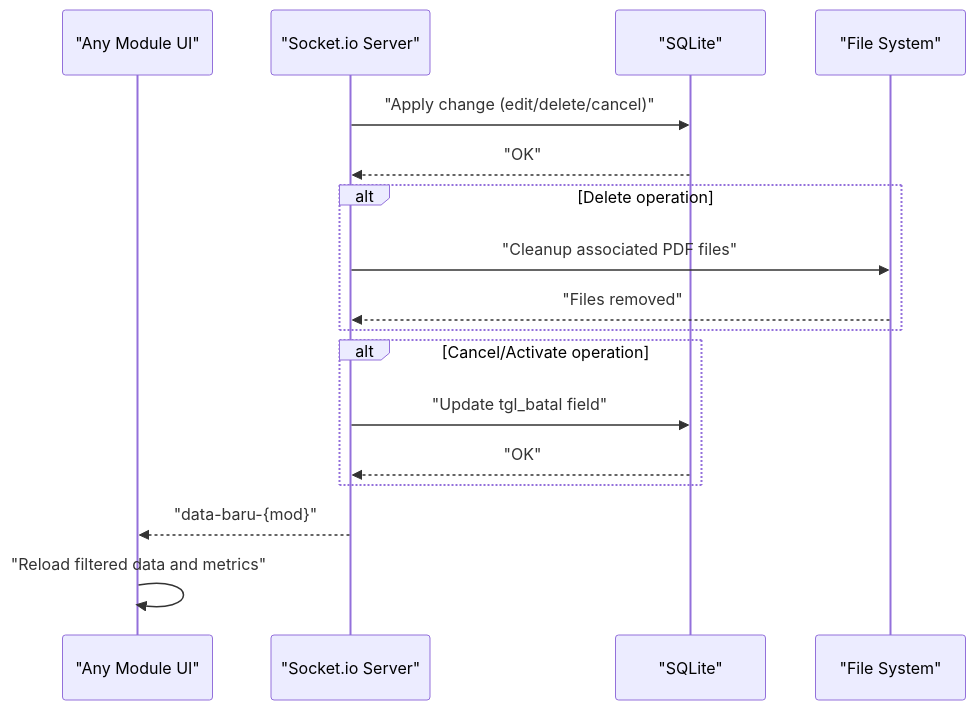
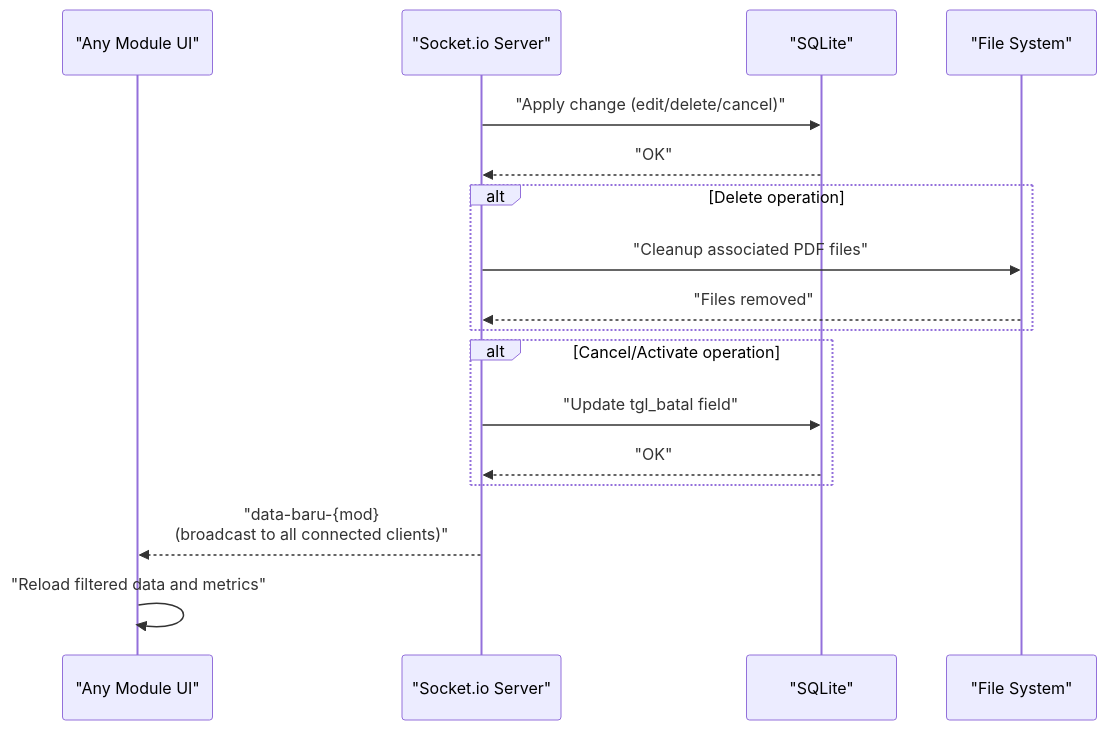
One commit to rendisiagian/TDS_by_RENDISIAGIAN changed the sixth of 8 diagrams in .qoder/repowiki/en/content/Advanced Features/Real-time Processing & Socket.io Integration.md. Above: the diagram before and after it, drawn with Mermaid. The commit also changed other lines of this file and 55 other files, not shown here.

````diff
--- a/.qoder/repowiki/en/content/Advanced Features/Real-time Processing & Socket.io Integration.md
+++ b/.qoder/repowiki/en/content/Advanced Features/Real-time Processing & Socket.io Integration.md
@@ -247,19 +251,19 @@
 ```mermaid
 sequenceDiagram
 participant Client as "Any Module UI"
 participant Sock as "Socket.io Server"
 participant DB as "SQLite"
 participant FS as "File System"
 Sock->>DB : "Apply change (edit/delete/cancel)"
 DB-->>Sock : "OK"
 alt Delete operation
 Sock->>FS : "Cleanup associated PDF files"
 FS-->>Sock : "Files removed"
 end
 alt Cancel/Activate operation
 Sock->>DB : "Update tgl_batal field"
 DB-->>Sock : "OK"
 end
-Sock-->>Client : "data-baru-{mod}"
+Sock-->>Client : "data-baru-{mod}<br/>(broadcast to all connected clients)"
 Client->>Client : "Reload filtered data and metrics"
 ```
````
